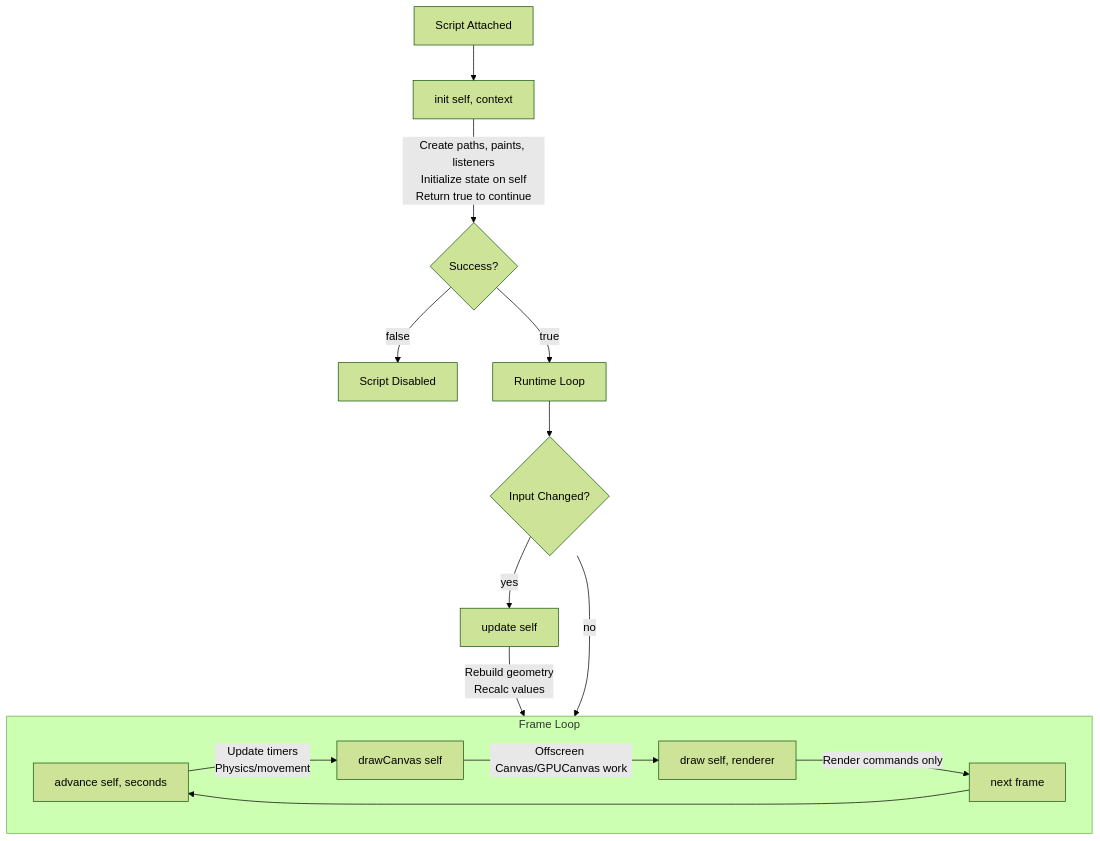
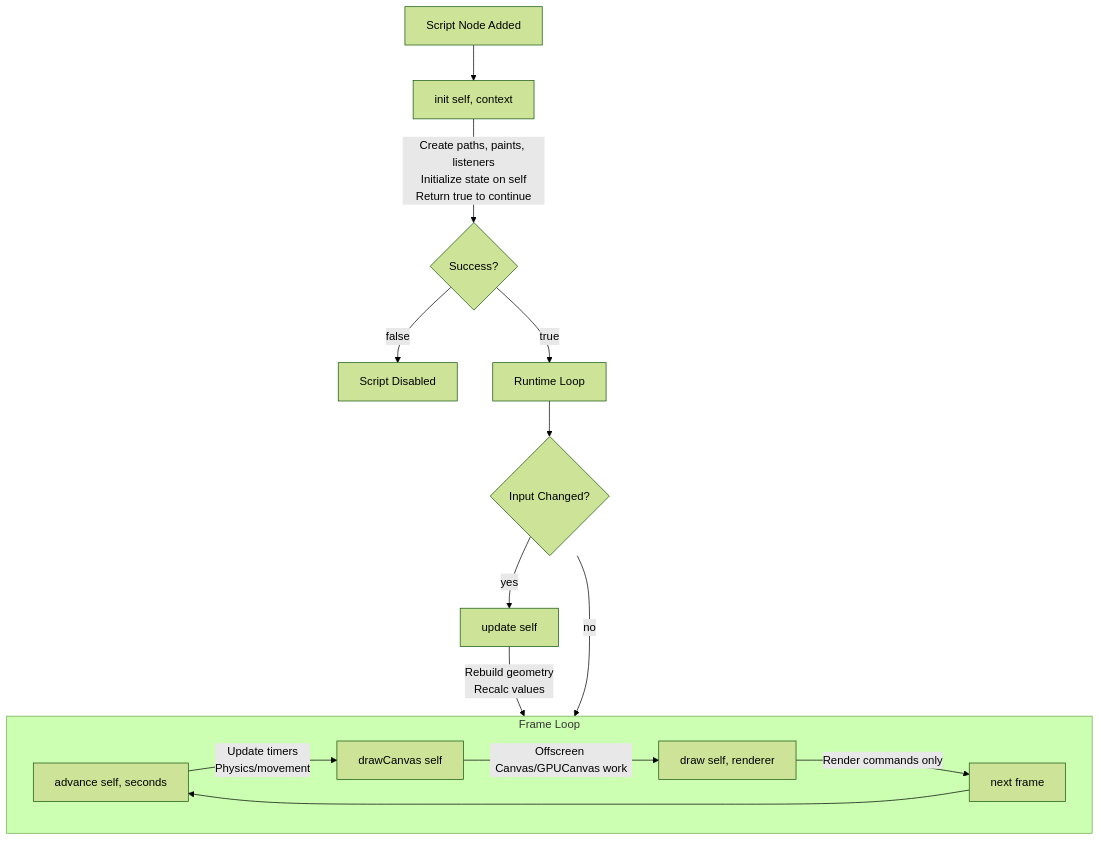
The diagram in docs/rive/protocols/node-lifecycle.mdx (ivg-design/lerp), drawn with Mermaid (forest theme) before and after one commit. The commit also changed other lines of this file and 68 other files, not shown here.

````diff
--- a/docs/rive/protocols/node-lifecycle.mdx
+++ b/docs/rive/protocols/node-lifecycle.mdx
@@ -153,19 +159,19 @@
 ```mermaid
 flowchart TD
-    A[Script Attached] --> B[init self, context]
+    A[Script Node Added] --> B[init self, context]
     B --> |Create paths, paints, listeners<br/>Initialize state on self<br/>Return true to continue| C{Success?}
     C -->|false| D[Script Disabled]
     C -->|true| E[Runtime Loop]
 
     E --> F{Input Changed?}
     F -->|yes| G[update self]
     G --> |Rebuild geometry<br/>Recalc values| H
     F -->|no| H
 
     subgraph H[Frame Loop]
         I[advance self, seconds] --> |Update timers<br/>Physics/movement| J[drawCanvas self]
         J --> |Offscreen Canvas/GPUCanvas work| K[draw self, renderer]
         K --> |Render commands only| L[next frame]
         L --> I
     end
 ```
````
